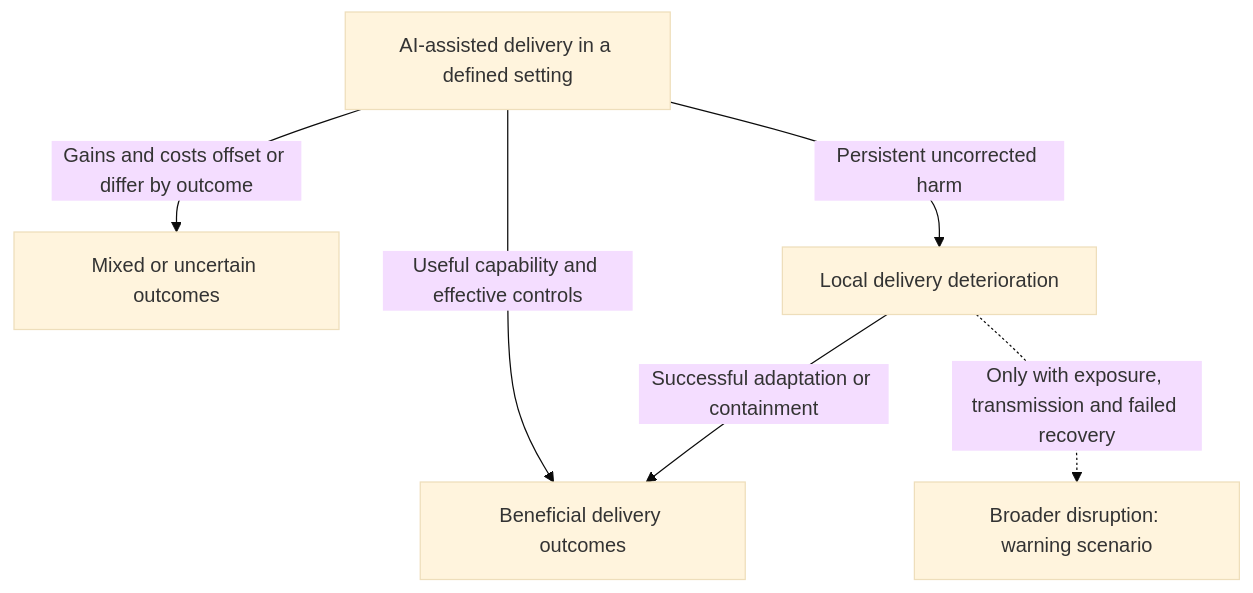
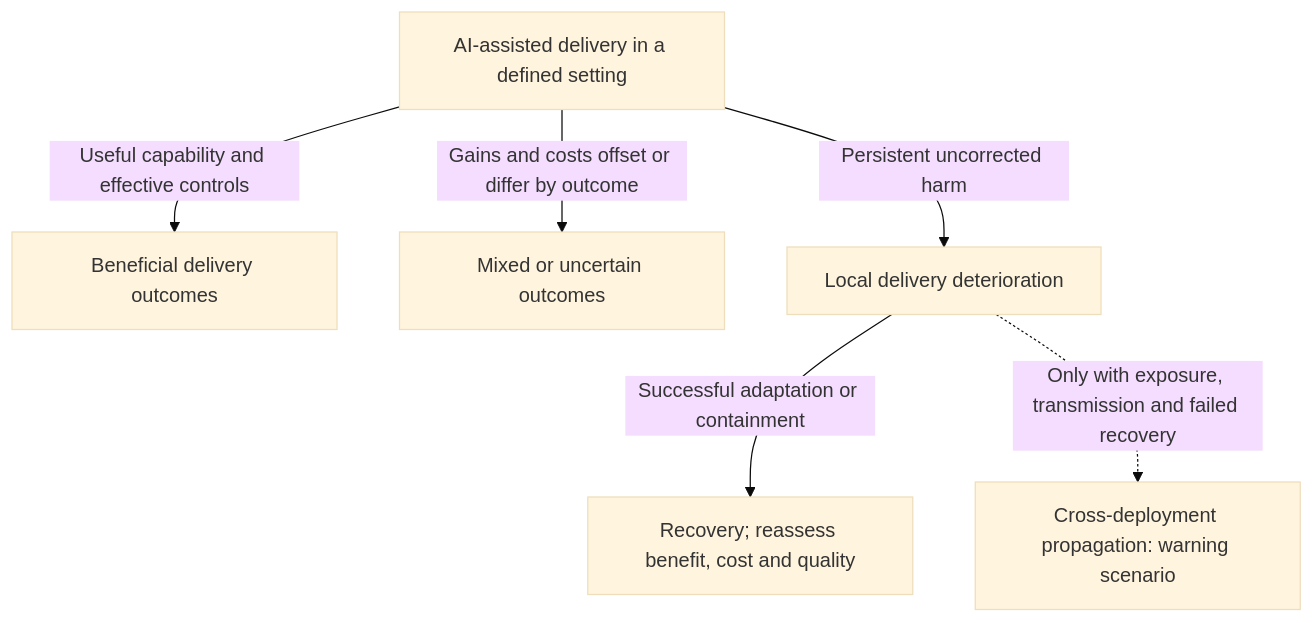
One commit to UncertaintyArchitectureGroup/The-Subprime-Code-Crisis changed the diagram in report/03_the_aftermath.md. Above: the diagram before and after it, drawn with Mermaid (base theme). The commit also changed other lines of this file and 9 other files, not shown here.

````diff
--- a/report/03_the_aftermath.md
+++ b/report/03_the_aftermath.md
@@ -39,8 +39,8 @@
 ```mermaid
 flowchart TD
     A["AI-assisted delivery in a defined setting"] -->|"Useful capability and effective controls"| B["Beneficial delivery outcomes"]
     A -->|"Gains and costs offset or differ by outcome"| C["Mixed or uncertain outcomes"]
     A -->|"Persistent uncorrected harm"| D["Local delivery deterioration"]
-    D -->|"Successful adaptation or containment"| B
-    D -. "Only with exposure, transmission and failed recovery" .-> E["Broader disruption: warning scenario"]
+    D -->|"Successful adaptation or containment"| R["Recovery; reassess benefit, cost and quality"]
+    D -. "Only with exposure, transmission and failed recovery" .-> E["Cross-deployment propagation: warning scenario"]
 ```
````
